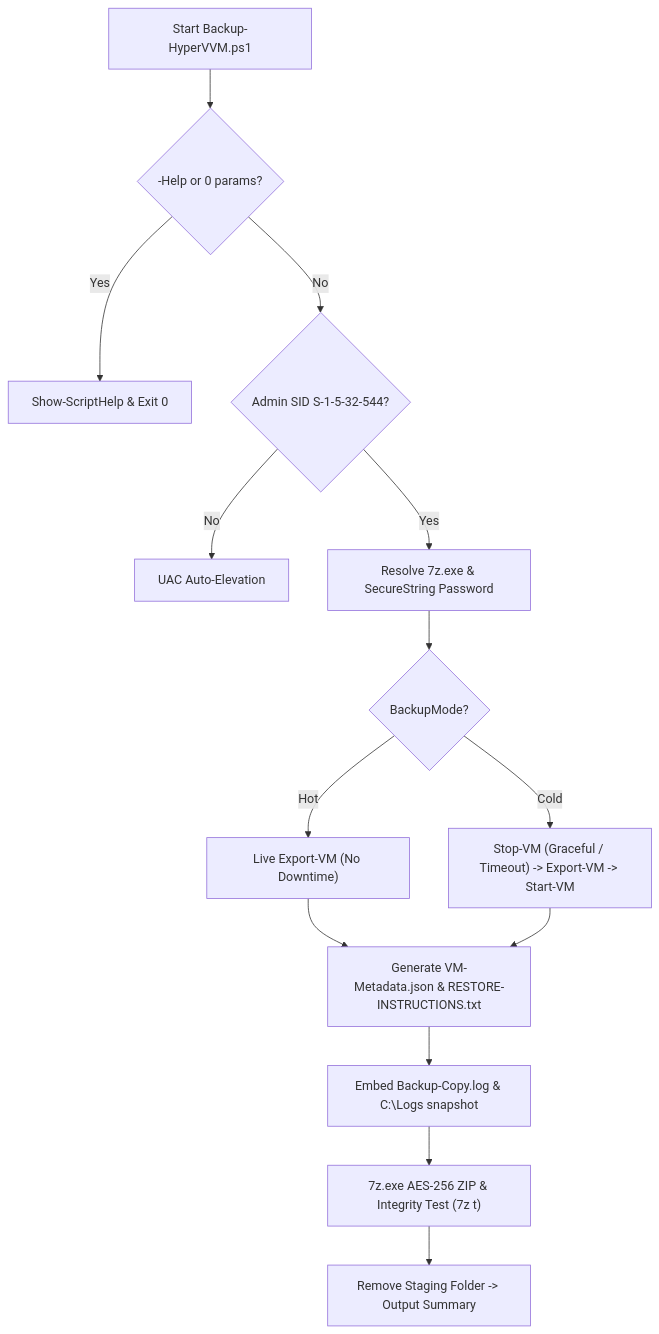
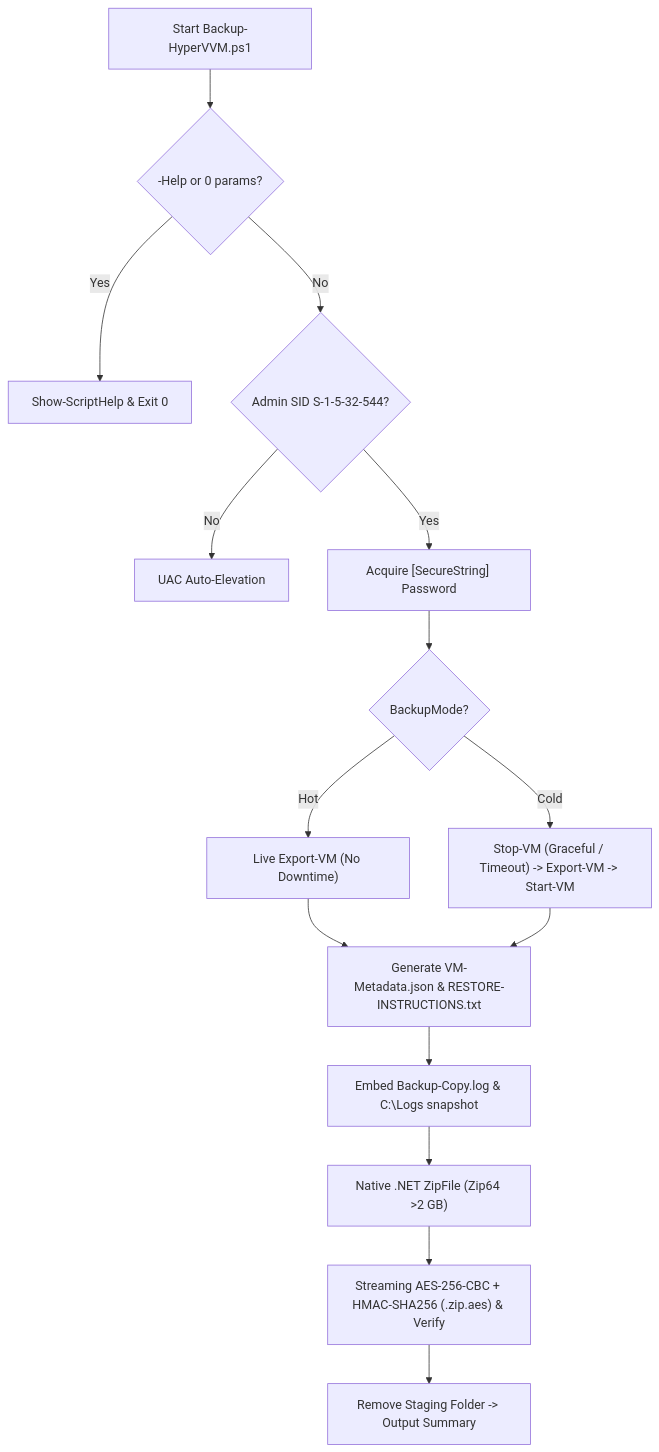
One commit to romanpindela/Windows-Server changed the diagram in Hyper-V/Backup-HyperVVM/README.md. Above: the diagram before and after it, drawn with Mermaid. The commit also changed other lines of this file and 2 other files, not shown here.

Commit message:
feat(hyper-v): switch Backup-HyperVVM to 100% native .NET Zip64 + AES-256-CBC + HMAC-SHA256

````diff
--- a/Hyper-V/Backup-HyperVVM/README.md
+++ b/Hyper-V/Backup-HyperVVM/README.md
@@ -18,16 +20,17 @@
 ```mermaid
 flowchart TD
     A["Start Backup-HyperVVM.ps1"] --> B{"-Help or 0 params?"}
     B -- Yes --> C["Show-ScriptHelp & Exit 0"]
     B -- No --> D{"Admin SID S-1-5-32-544?"}
     D -- No --> E["UAC Auto-Elevation"]
-    D -- Yes --> F["Resolve 7z.exe & SecureString Password"]
+    D -- Yes --> F["Acquire [SecureString] Password"]
     F --> G{"BackupMode?"}
     G -- Hot --> H["Live Export-VM (No Downtime)"]
     G -- Cold --> I["Stop-VM (Graceful / Timeout) -> Export-VM -> Start-VM"]
     H --> J["Generate VM-Metadata.json & RESTORE-INSTRUCTIONS.txt"]
     I --> J
     J --> K["Embed Backup-Copy.log & C:\Logs snapshot"]
-    K --> L["7z.exe AES-256 ZIP & Integrity Test (7z t)"]
-    L --> M["Remove Staging Folder -> Output Summary"]
+    K --> L["Native .NET ZipFile (Zip64 >2 GB)"]
+    L --> M["Streaming AES-256-CBC + HMAC-SHA256 (.zip.aes) & Verify"]
+    M --> N["Remove Staging Folder -> Output Summary"]
 ```
````
